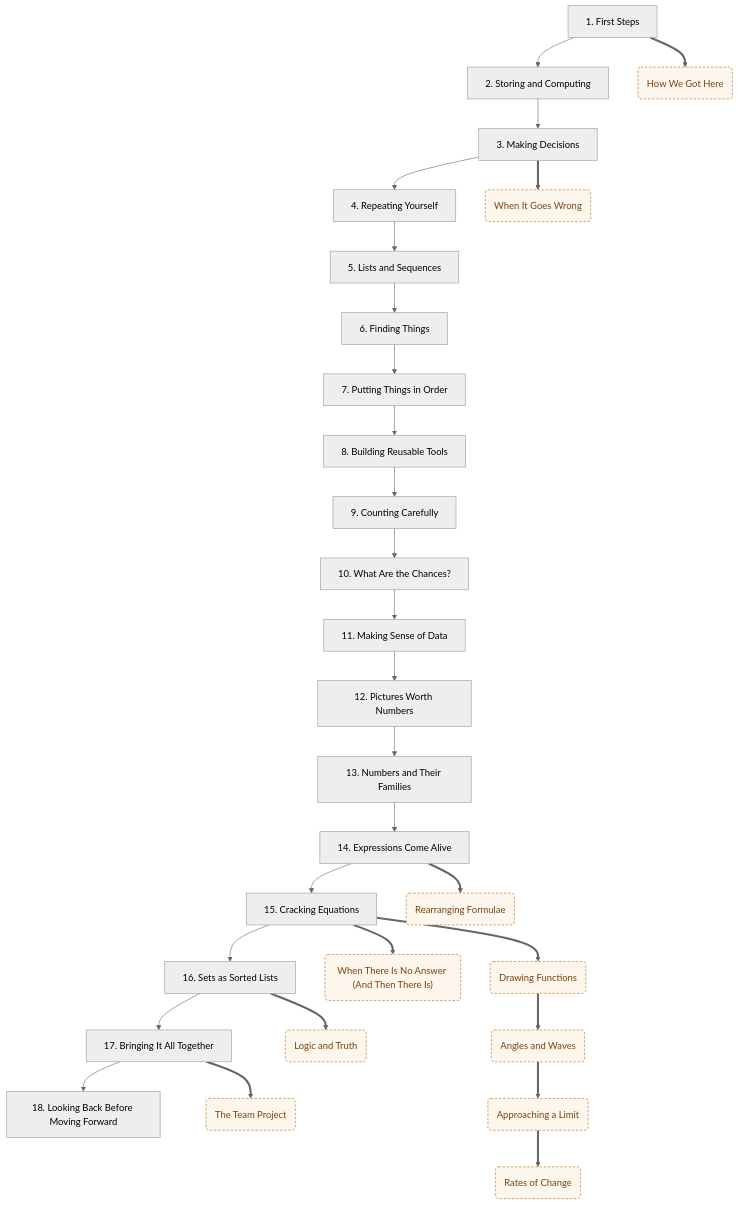
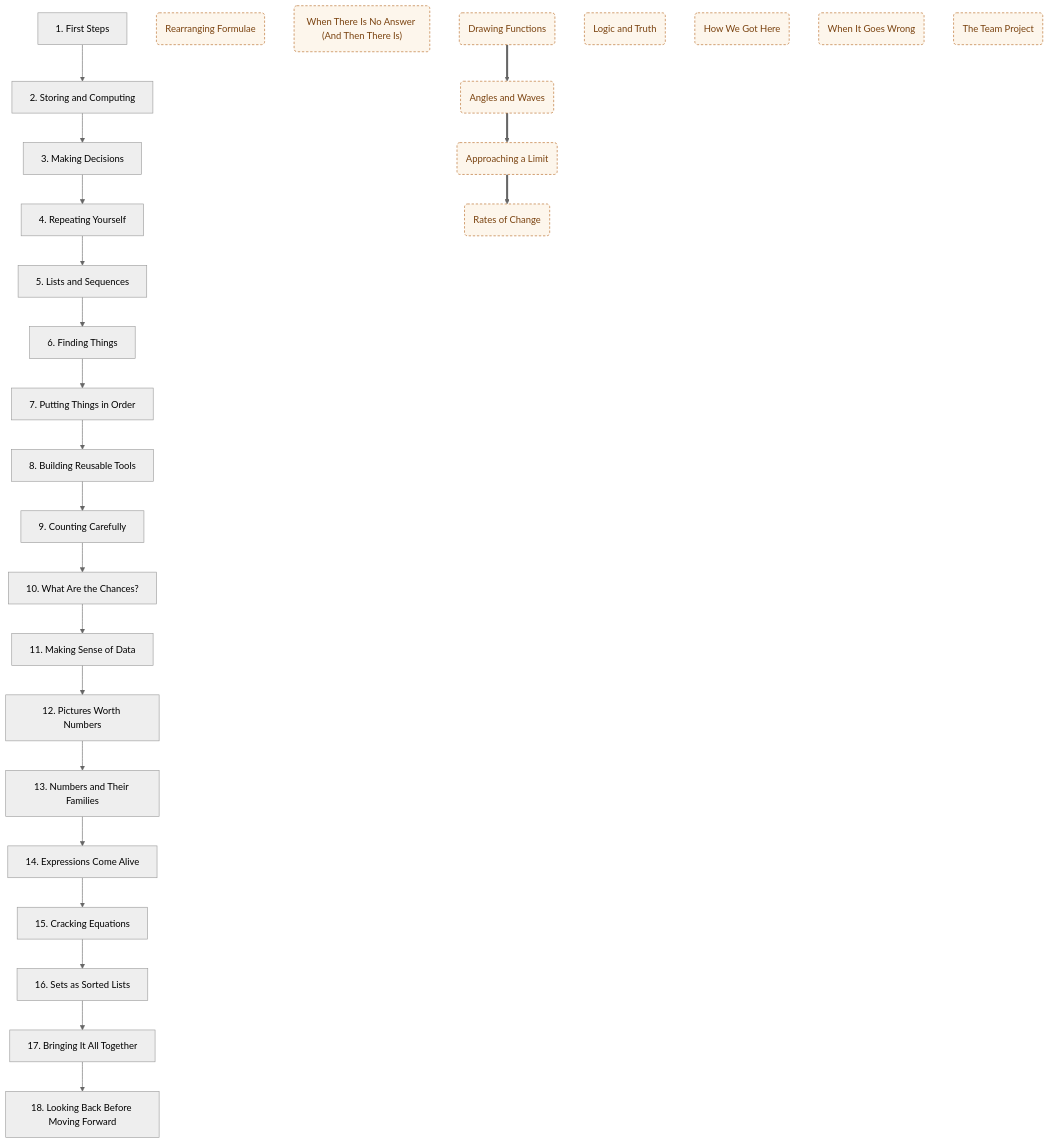
One commit to deweydex/dewlab changed the third of 3 diagrams in planning/CURRICULUM_MAP.md. Above: the diagram before and after it, drawn with Mermaid (neutral theme). The commit also changed other lines of this file and 35 other files, not shown here.

````diff
--- a/planning/CURRICULUM_MAP.md
+++ b/planning/CURRICULUM_MAP.md
@@ -129,63 +129,56 @@
 ```mermaid
 graph TD
   T1["1. First Steps"]
   T2["2. Storing and Computing"]
   T3["3. Making Decisions"]
   T4["4. Repeating Yourself"]
   T5["5. Lists and Sequences"]
   T6["6. Finding Things"]
   T7["7. Putting Things in Order"]
   T8["8. Building Reusable Tools"]
   T9["9. Counting Carefully"]
   T10["10. What Are the Chances?"]
   T11["11. Making Sense of Data"]
   T12["12. Pictures Worth Numbers"]
   T13["13. Numbers and Their Families"]
   T14["14. Expressions Come Alive"]
   T15["15. Cracking Equations"]
   T16["16. Sets as Sorted Lists"]
   T17["17. Bringing It All Together"]
   T18["18. Looking Back Before Moving Forward"]
   N0("Rearranging Formulae")
   N1("When There Is No Answer (And Then There Is)")
   N2("Drawing Functions")
   N3("Angles and Waves")
   N4("Approaching a Limit")
   N5("Rates of Change")
   N6("Logic and Truth")
   N7("How We Got Here")
   N8("When It Goes Wrong")
   N9("The Team Project")
 
   T1 --> T2
   T2 --> T3
   T3 --> T4
   T4 --> T5
   T5 --> T6
   T6 --> T7
   T7 --> T8
   T8 --> T9
   T9 --> T10
   T10 --> T11
   T11 --> T12
   T12 --> T13
   T13 --> T14
   T14 --> T15
   T15 --> T16
   T16 --> T17
   T17 --> T18
 
-  T14 ==> N0
-  T15 ==> N1
-  T15 ==> N2
   N2 ==> N3
   N3 ==> N4
   N4 ==> N5
-  T16 ==> N6
-  T1 ==> N7
-  T3 ==> N8
-  T17 ==> N9
 
   classDef new fill:#fdf6ec,stroke:#b5651d,color:#7a4310,stroke-dasharray:4 3;
   class N0,N1,N2,N3,N4,N5,N6,N7,N8,N9 new;
 ```
````
